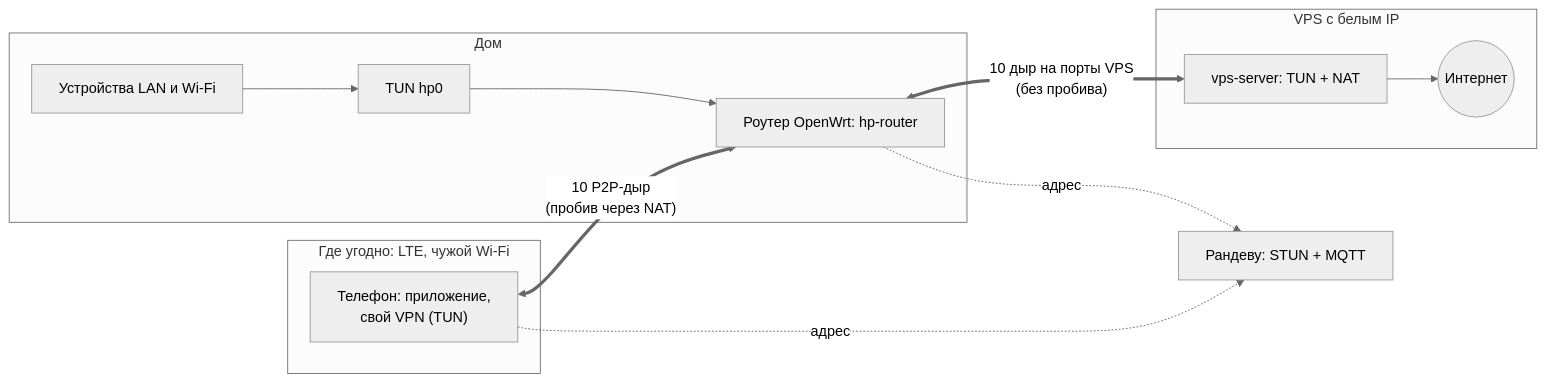
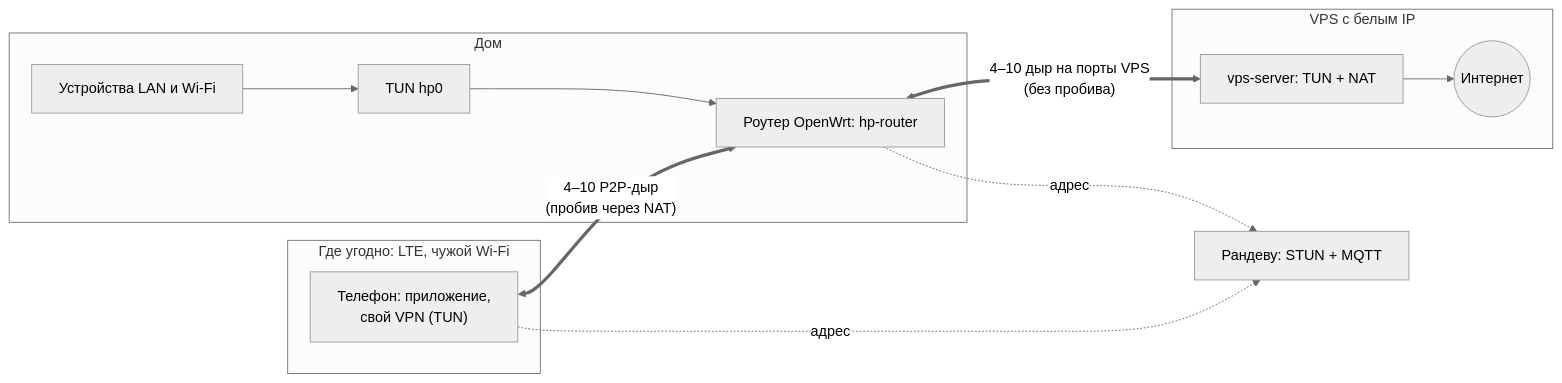
Before and after one commit to sinushkin/home-proxy: the first of 3 diagrams in README.md, drawn with Mermaid (neutral theme). The commit also changed other lines of this file and 19 other files, not shown here.

First line of the commit message:
Документация: динамический набор дыр, hp-router на o1, тесты с настоящим телефоном

````diff
--- a/README.md
+++ b/README.md
@@ -24,19 +24,19 @@
 ```mermaid
 flowchart LR
     subgraph away["Где угодно: LTE, чужой Wi-Fi"]
         phone["Телефон: приложение,<br/>свой VPN (TUN)"]
     end
     subgraph home["Дом"]
         lan["Устройства LAN и Wi-Fi"] --> tun["TUN hp0"]
         router["Роутер OpenWrt: hp-router"]
         tun --> router
     end
     subgraph vps["VPS с белым IP"]
         vs["vps-server: TUN + NAT"] --> net(("Интернет"))
     end
-    phone <==>|"10 P2P-дыр<br/>(пробив через NAT)"| router
-    router <==>|"10 дыр на порты VPS<br/>(без пробива)"| vs
+    phone <==>|"4–10 P2P-дыр<br/>(пробив через NAT)"| router
+    router <==>|"4–10 дыр на порты VPS<br/>(без пробива)"| vs
     rdv["Рандеву: STUN + MQTT"]
     phone -.->|"адрес"| rdv
     router -.->|"адрес"| rdv
 ```
````
